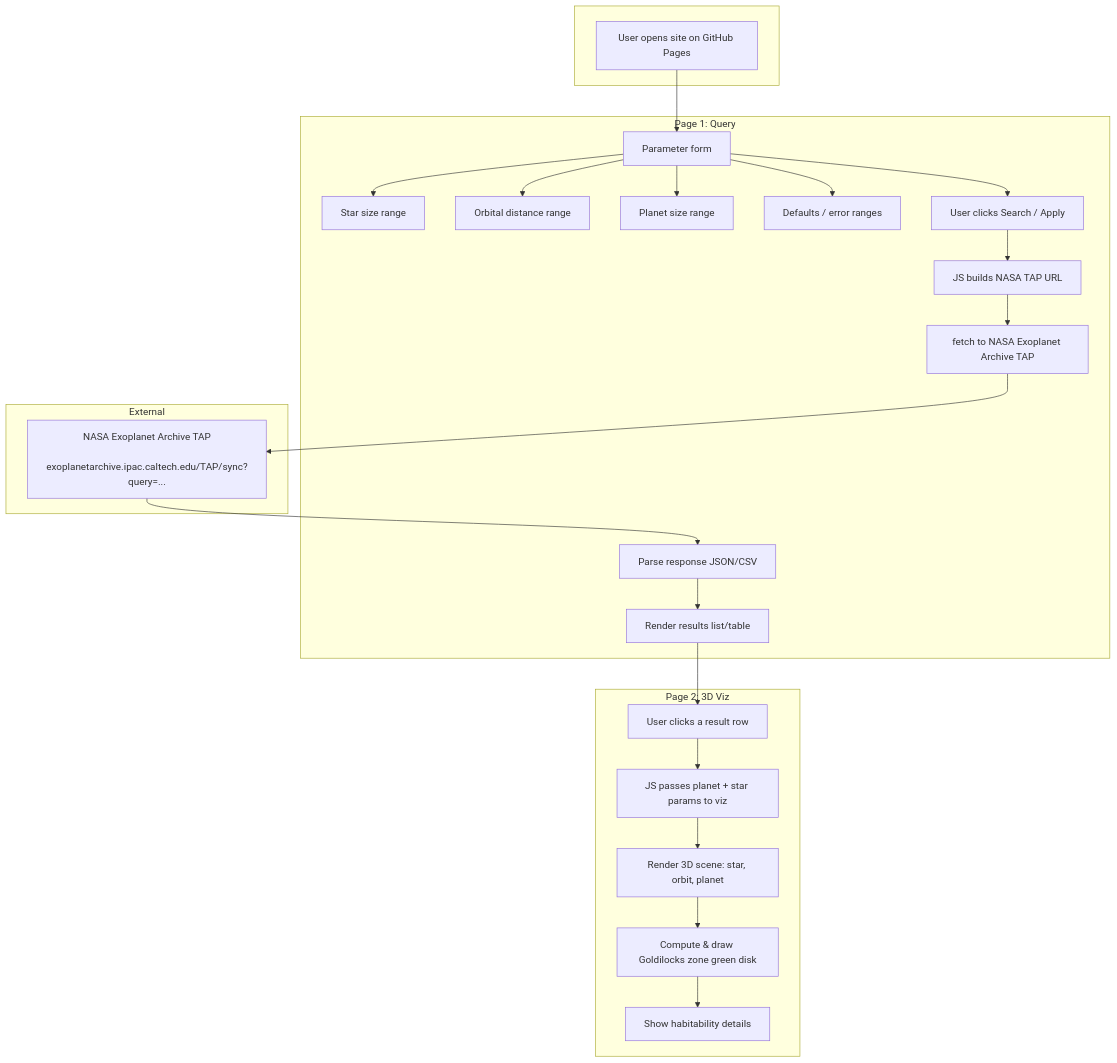
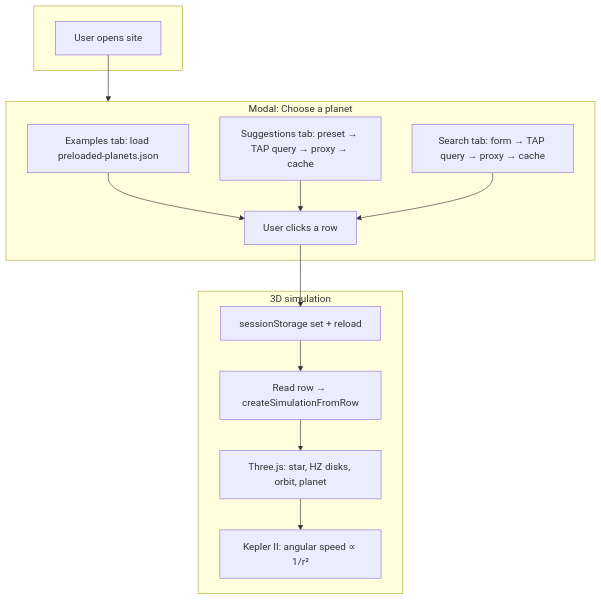
The diagram in docs/SYSTEM_DESIGN.md (kathirmeyyappan/goldilocks-sim), drawn with Mermaid before and after one commit. The commit also changed other lines of this file and 2 other files, not shown here.

Commit message:
New system docs' updates

````diff
--- a/docs/SYSTEM_DESIGN.md
+++ b/docs/SYSTEM_DESIGN.md
@@ -5,44 +19,29 @@
 ```mermaid
 flowchart TB
     subgraph USER[" "]
-        A[User opens site on GitHub Pages]
+        A[User opens site]
     end
 
-    subgraph PAGE1["Page 1: Query"]
-        B[Parameter form]
-        B --> B1[Star size range]
-        B --> B2[Orbital distance range]
-        B --> B3[Planet size range]
-        B --> B4[Defaults / error ranges]
-        C[User clicks Search / Apply]
-        D[JS builds NASA TAP URL]
-        E[fetch to NASA Exoplanet Archive TAP]
-        F[Parse response JSON/CSV]
-        G[Render results list/table]
+    subgraph MODAL["Modal: Choose a planet"]
+        EX[Examples tab: load preloaded-planets.json]
+        SUG[Suggestions tab: preset → TAP query → proxy → cache]
+        SRCH[Search tab: form → TAP query → proxy → cache]
+        CLICK[User clicks a row]
     end
 
-    subgraph EXTERNAL["External"]
-        TAP["NASA Exoplanet Archive TAP\n exoplanetarchive.ipac.caltech.edu/TAP/sync?query=..."]
+    subgraph VIZ["3D simulation"]
+        STORE[sessionStorage set + reload]
+        RENDER[Read row → createSimulationFromRow]
+        SCENE[Three.js: star, HZ disks, orbit, planet]
+        KEPLER[Kepler II: angular speed ∝ 1/r²]
     end
 
-    subgraph PAGE2["Page 2: 3D Viz"]
-        H[User clicks a result row]
-        I[JS passes planet + star params to viz]
-        J[Render 3D scene: star, orbit, planet]
-        K[Compute & draw Goldilocks zone green disk]
-        L[Show habitability details]
-    end
-
-    A --> B
-    B --> C
-    C --> D
-    D --> E
-    E --> TAP
-    TAP --> F
-    F --> G
-    G --> H
-    H --> I
-    I --> J
-    J --> K
-    K --> L
+    A --> MODAL
+    EX --> CLICK
+    SUG --> CLICK
+    SRCH --> CLICK
+    CLICK --> STORE
+    STORE --> RENDER
+    RENDER --> SCENE
+    SCENE --> KEPLER
 ```
````
